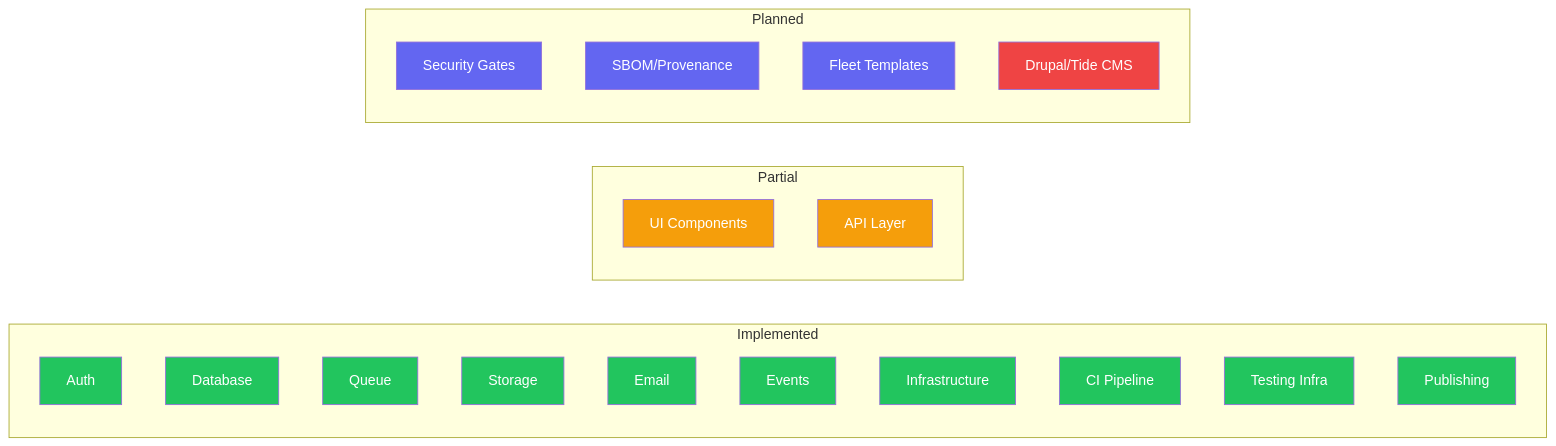
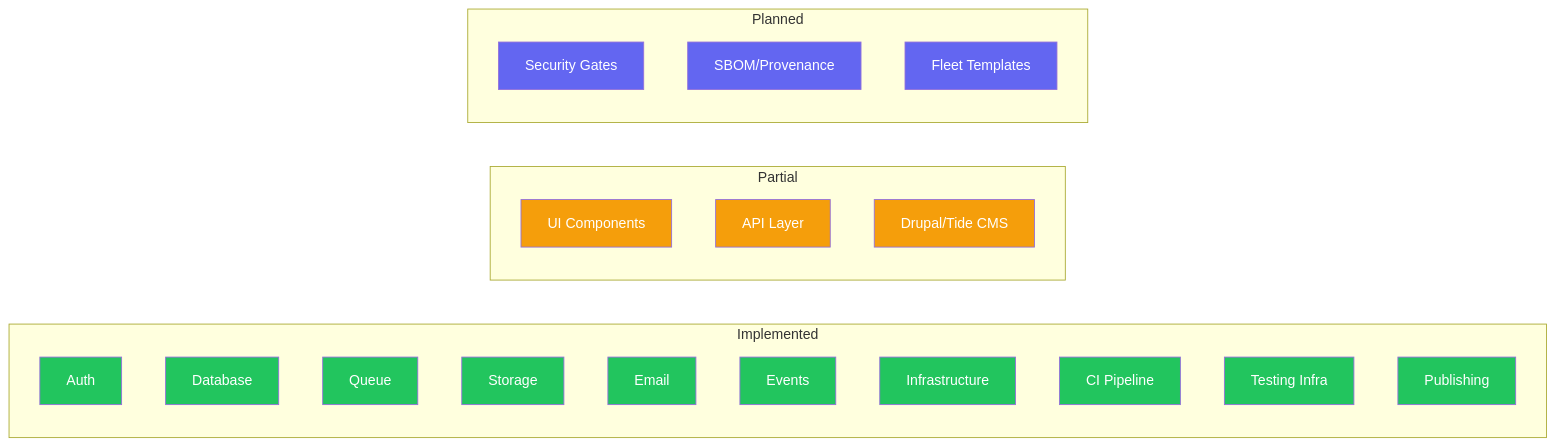
One commit to jbejenar/ripple-next changed the first of 10 diagrams in docs/product-roadmap/README.md. Above: the diagram before and after it, drawn with Mermaid. The commit also changed other lines of this file and 9 other files, not shown here.

````diff
--- a/docs/product-roadmap/README.md
+++ b/docs/product-roadmap/README.md
@@ -32,42 +32,42 @@
 ```mermaid
 graph LR
     subgraph Implemented
         AUTH[Auth]
         DB[Database]
         QUEUE[Queue]
         STORAGE[Storage]
         EMAIL[Email]
         EVENTS[Events]
         INFRA[Infrastructure]
         CI[CI Pipeline]
         TEST[Testing Infra]
         PUB[Publishing]
     end
     subgraph Partial
         UI[UI Components]
         API[API Layer]
+        CMS["Drupal/Tide CMS"]
     end
     subgraph Planned
         SEC[Security Gates]
         SBOM[SBOM/Provenance]
         FLEET[Fleet Templates]
-        CMS["Drupal/Tide CMS"]
     end
 
     style AUTH fill:#22c55e,color:#fff
     style DB fill:#22c55e,color:#fff
     style QUEUE fill:#22c55e,color:#fff
     style STORAGE fill:#22c55e,color:#fff
     style EMAIL fill:#22c55e,color:#fff
     style EVENTS fill:#22c55e,color:#fff
     style INFRA fill:#22c55e,color:#fff
     style CI fill:#22c55e,color:#fff
     style TEST fill:#22c55e,color:#fff
     style PUB fill:#22c55e,color:#fff
     style UI fill:#f59e0b,color:#fff
     style API fill:#f59e0b,color:#fff
     style SEC fill:#6366f1,color:#fff
     style SBOM fill:#6366f1,color:#fff
     style FLEET fill:#6366f1,color:#fff
-    style CMS fill:#ef4444,color:#fff
+    style CMS fill:#f59e0b,color:#fff
 ```
````
